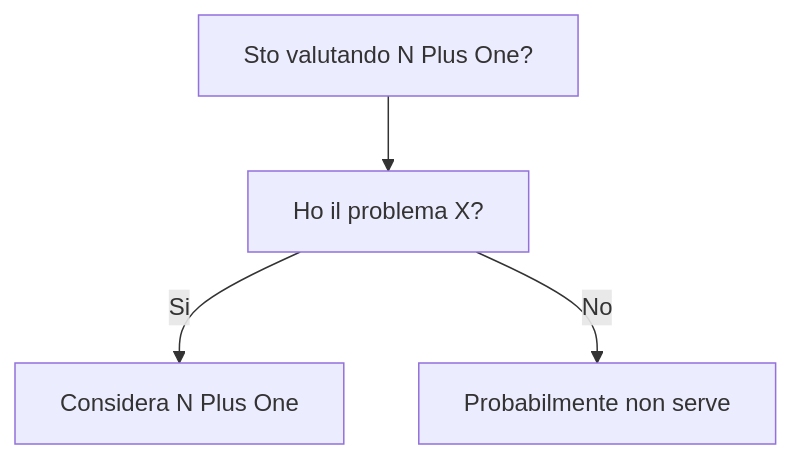
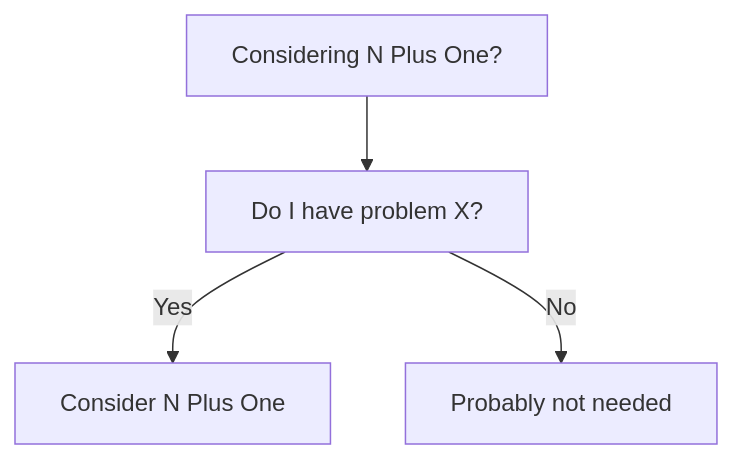
Before and after one commit to HxT9/Software-Dev-Wiki: the diagram in dev-wiki/06_Data_Storage/N_Plus_One/When_To_Use.md, drawn with Mermaid. The commit also changed other lines of this file and 3444 other files, not shown here.

````diff
--- a/dev-wiki/06_Data_Storage/N_Plus_One/When_To_Use.md
+++ b/dev-wiki/06_Data_Storage/N_Plus_One/When_To_Use.md
@@ -19,6 +19,6 @@
 ```mermaid
 flowchart TD
-  Q[Sto valutando N Plus One?] --> Q1[Ho il problema X?]
-  Q1 -->|Si| OK[Considera N Plus One]
-  Q1 -->|No| NO[Probabilmente non serve]
+  Q[Considering N Plus One?] --> Q1[Do I have problem X?]
+  Q1 -->|Yes| OK[Consider N Plus One]
+  Q1 -->|No| NO[Probably not needed]
 ```
````
